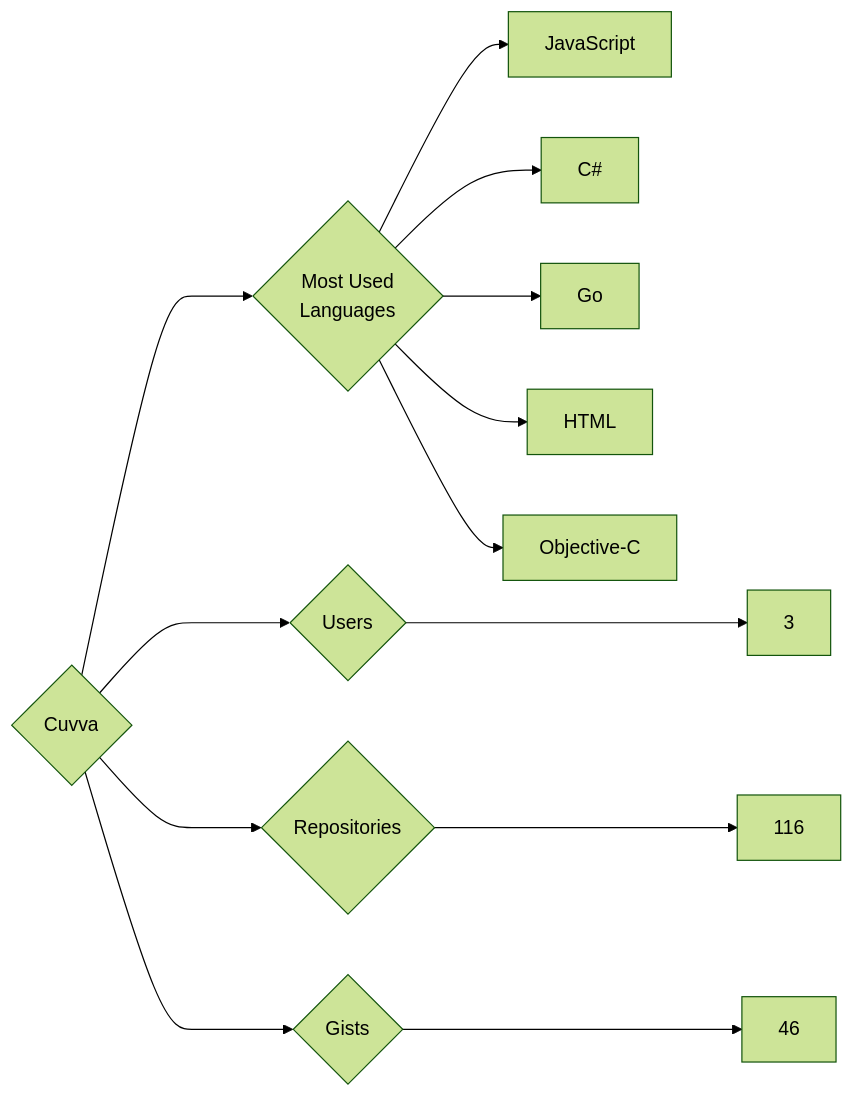
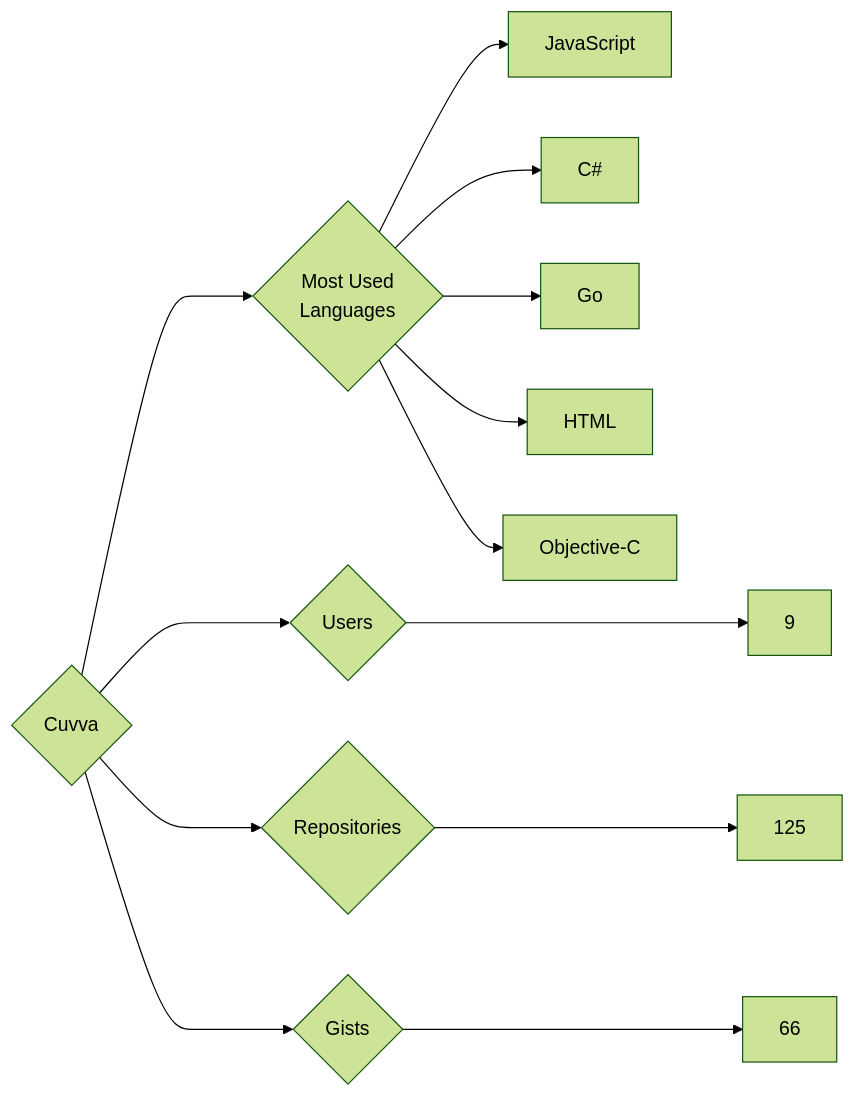
One commit to trickest/insiders changed the diagram in targets/Cuvva/README.md. Above: the diagram before and after it, drawn with Mermaid (forest theme). The commit also changed 823 other files, not shown here.

````diff
--- a/targets/Cuvva/README.md
+++ b/targets/Cuvva/README.md
@@ -3,13 +3,13 @@
 ```mermaid
 graph LR
 COMPANY_NAME{Cuvva}
-COMPANY_NAME ---> U{Users} ---> UN[3]
-COMPANY_NAME ---> R{Repositories} ---> RN[116]
-COMPANY_NAME ---> G{Gists} ---> GN[46]
+COMPANY_NAME ---> U{Users} ---> UN[9]
+COMPANY_NAME ---> R{Repositories} ---> RN[125]
+COMPANY_NAME ---> G{Gists} ---> GN[66]
 COMPANY_NAME ---> ML{Most Used<br>Languages}
 ML --> JavaScript[JavaScript]
 ML --> C#[C#]
 ML --> Go[Go]
 ML --> HTML[HTML]
 ML --> Objective-C[Objective-C]
 ```
````
